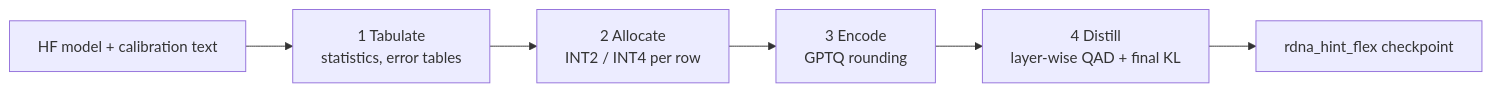
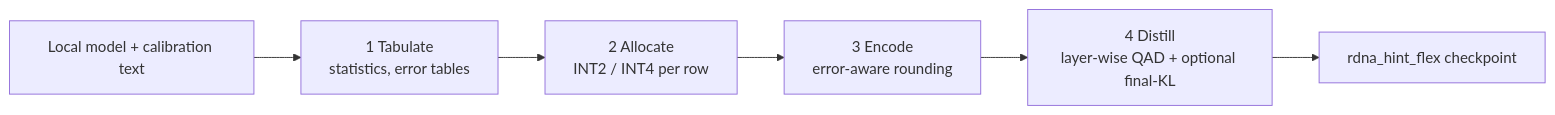
The diagram in README.md (BlivionIaG/hi2), drawn with Mermaid before and after one commit. The commit also changed other lines of this file and 9 other files, not shown here.

````diff
--- a/README.md
+++ b/README.md
@@ -13,8 +14,8 @@
 ```mermaid
 flowchart LR
-    A[HF model + calibration text] --> B[1 Tabulate<br/>statistics, error tables]
+    A[Local model + calibration text] --> B[1 Tabulate<br/>statistics, error tables]
     B --> C[2 Allocate<br/>INT2 / INT4 per row]
-    C --> D[3 Encode<br/>GPTQ rounding]
-    D --> E[4 Distill<br/>layer-wise QAD + final KL]
+    C --> D[3 Encode<br/>error-aware rounding]
+    D --> E[4 Distill<br/>layer-wise QAD + optional final-KL]
     E --> F[rdna_hint_flex checkpoint]
 ```
````
